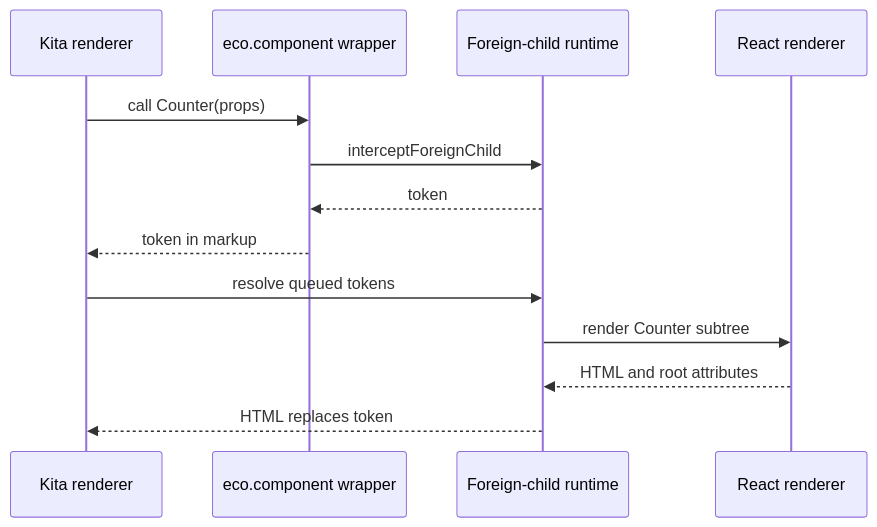
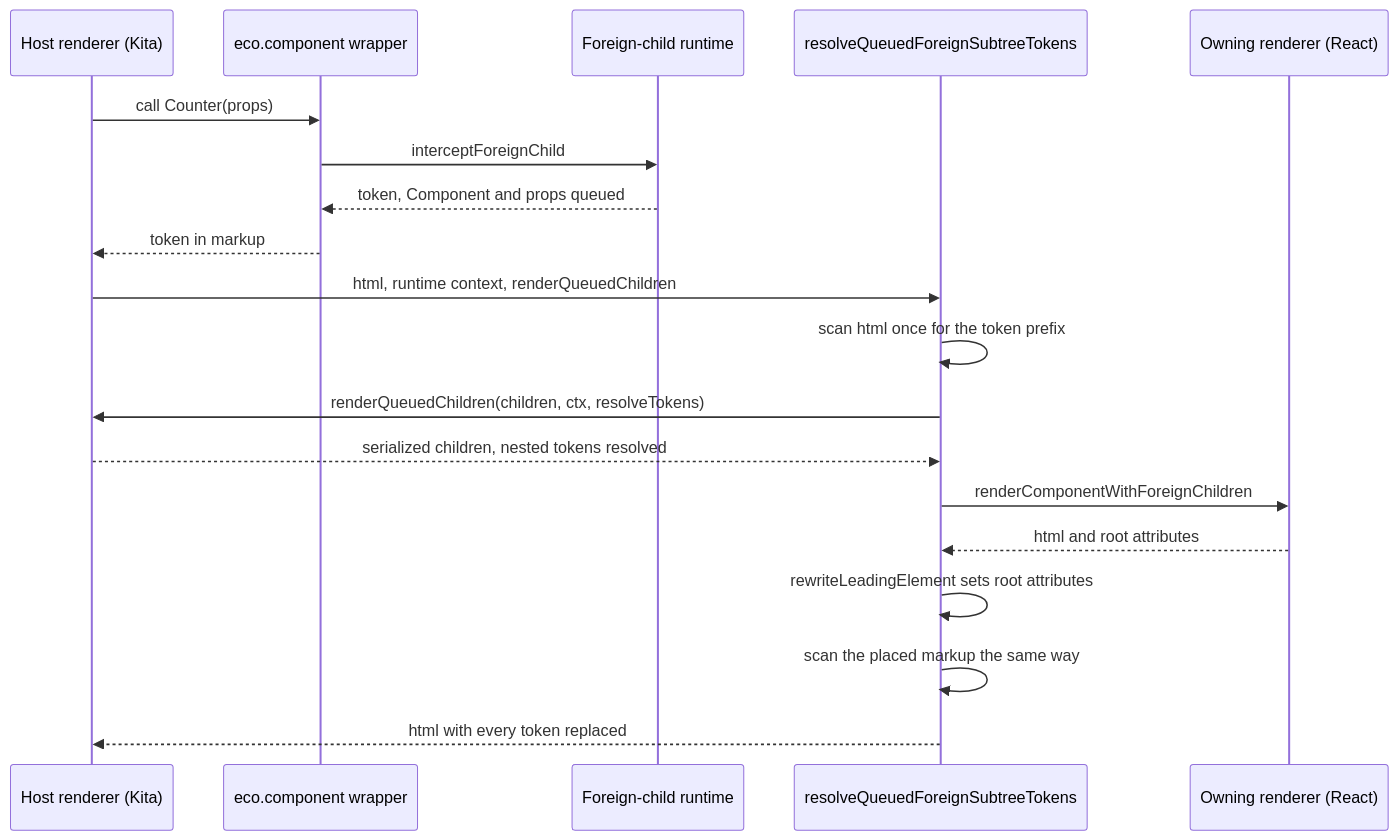
The first of 2 diagrams in apps/docs/src/content/dev/integrations-foreign-children.mdx (ecopages/ecopages), drawn with Mermaid before and after one commit. The commit also changed other lines of this file and 9 other files, not shown here.

Commit message:
docs(dev): refresh render and serving diagrams, add Testing and File system pages

````diff
--- a/apps/docs/src/content/dev/integrations-foreign-children.mdx
+++ b/apps/docs/src/content/dev/integrations-foreign-children.mdx
@@ -54,15 +55,21 @@
 ```mermaid
 sequenceDiagram
-  participant K as Kita renderer
+  participant K as Host renderer (Kita)
   participant C as eco.component wrapper
   participant Q as Foreign-child runtime
-  participant R as React renderer
+  participant X as resolveQueuedForeignSubtreeTokens
+  participant R as Owning renderer (React)
   K->>C: call Counter(props)
   C->>Q: interceptForeignChild
-  Q-->>C: token
+  Q-->>C: token, Component and props queued
   C-->>K: token in markup
-  K->>Q: resolve queued tokens
-  Q->>R: render Counter subtree
-  R-->>Q: HTML and root attributes
-  Q-->>K: HTML replaces token
+  K->>X: html, runtime context, renderQueuedChildren
+  X->>X: scan html once for the token prefix
+  X->>K: renderQueuedChildren(children, ctx, resolveTokens)
+  K-->>X: serialized children, nested tokens resolved
+  X->>R: renderComponentWithForeignChildren
+  R-->>X: html and root attributes
+  X->>X: rewriteLeadingElement sets root attributes
+  X->>X: scan the placed markup the same way
+  X-->>K: html with every token replaced
 ```
````
